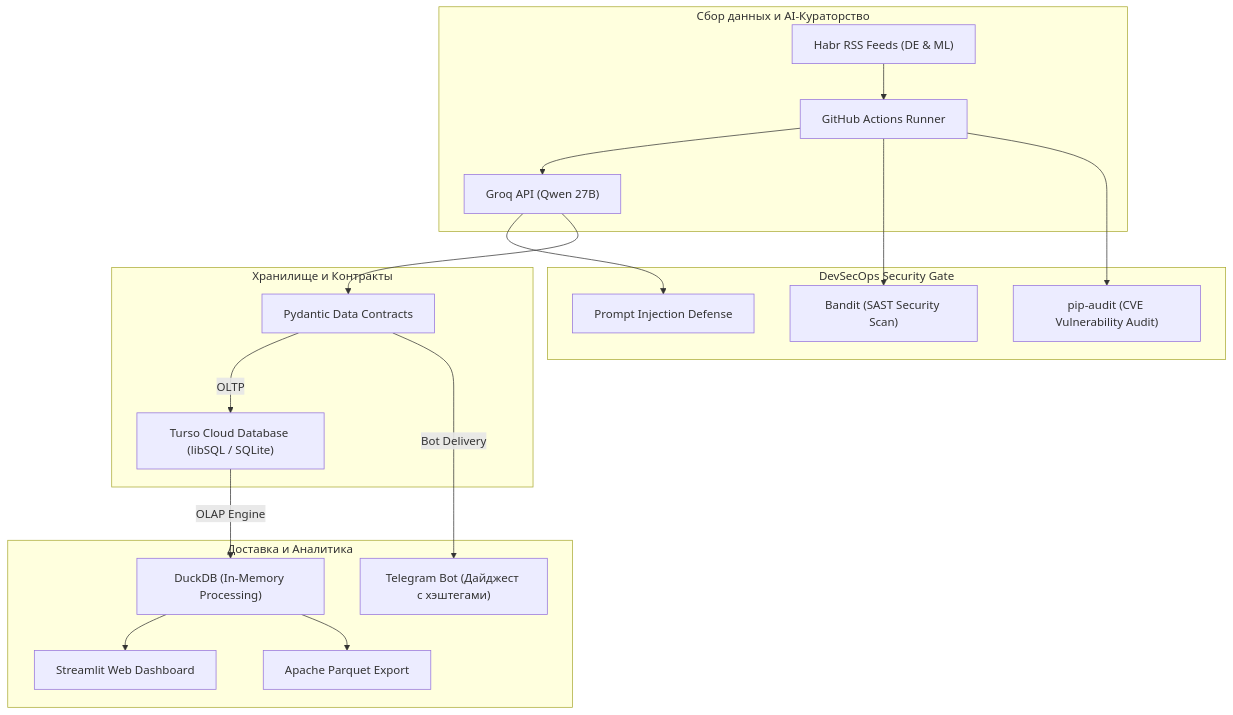
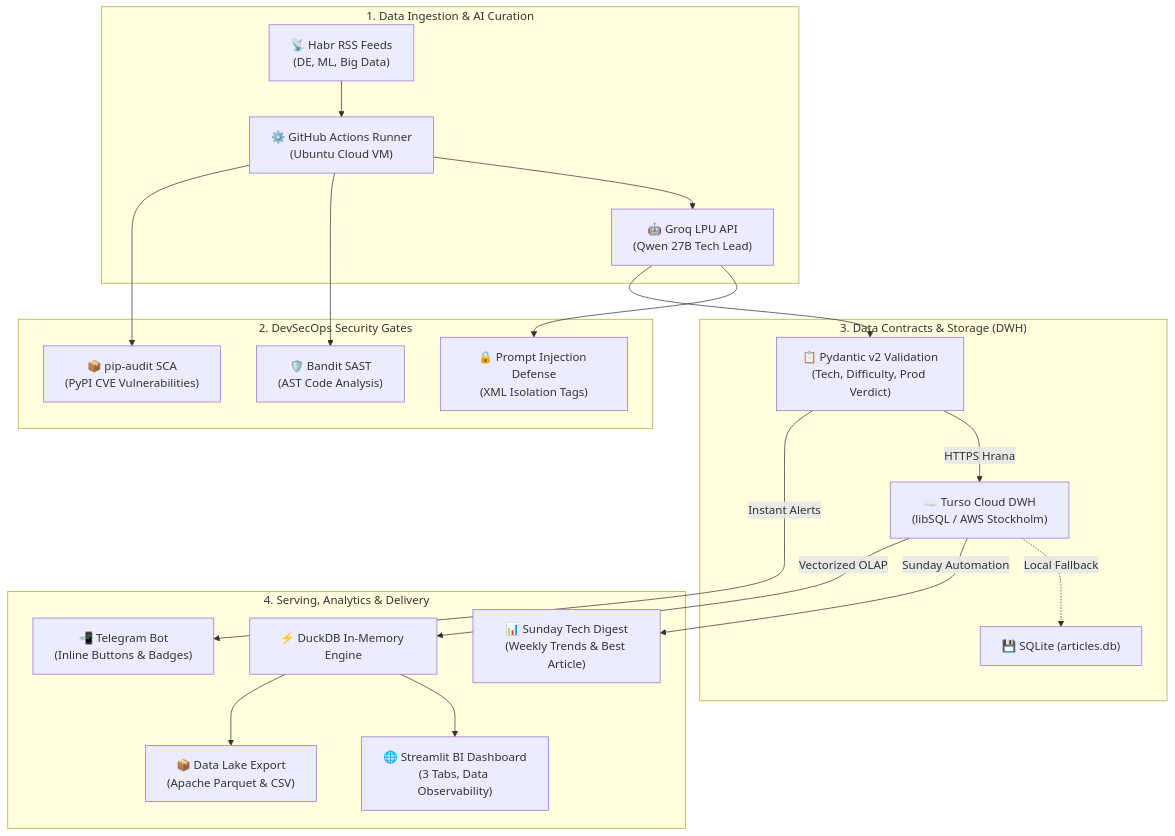
The diagram in README.md (K0ldan/habr-bot), drawn with Mermaid before and after one commit. The commit also changed other lines of this file and 2 other files, not shown here.

Commit message:
feat: add prod verdict & read time to AI summary, Data Quality SLA section to dashboard, and update README

````diff
--- a/README.md
+++ b/README.md
@@ -15,25 +18,27 @@
 ```mermaid
 flowchart TD
-    subgraph Ingestion ["Сбор данных и AI-Кураторство"]
-        A["Habr RSS Feeds (DE & ML)"] --> B["GitHub Actions Runner"]
-        B --> C["Groq API (Qwen 27B)"]
+    subgraph Ingestion ["1. Data Ingestion & AI Curation"]
+        A["📡 Habr RSS Feeds\n(DE, ML, Big Data)"] --> B["⚙️ GitHub Actions Runner\n(Ubuntu Cloud VM)"]
+        B --> C["🤖 Groq LPU API\n(Qwen 27B Tech Lead)"]
     end
 
-    subgraph Security ["DevSecOps Security Gate"]
-        B --> S1["Bandit (SAST Security Scan)"]
-        B --> S2["pip-audit (CVE Vulnerability Audit)"]
-        C --> S3["Prompt Injection Defense"]
+    subgraph Security ["2. DevSecOps Security Gates"]
+        B --> S1["🛡️ Bandit SAST\n(AST Code Analysis)"]
+        B --> S2["📦 pip-audit SCA\n(PyPI CVE Vulnerabilities)"]
+        C --> S3["🔒 Prompt Injection Defense\n(XML Isolation Tags)"]
     end
 
-    subgraph Storage ["Хранилище и Контракты"]
-        C --> D["Pydantic Data Contracts"]
-        D -->|OLTP| E["Turso Cloud Database (libSQL / SQLite)"]
+    subgraph Contracts ["3. Data Contracts & Storage (DWH)"]
+        C --> D["📋 Pydantic v2 Validation\n(Tech, Difficulty, Prod Verdict)"]
+        D -->|HTTPS Hrana| E["☁️ Turso Cloud DWH\n(libSQL / AWS Stockholm)"]
+        E -.->|Local Fallback| E2["💾 SQLite (articles.db)"]
     end
 
-    subgraph Serving ["Доставка и Аналитика"]
-        D -->|Bot Delivery| F["Telegram Bot (Дайджест с хэштегами)"]
-        E -->|OLAP Engine| G["DuckDB (In-Memory Processing)"]
-        G --> H["Streamlit Web Dashboard"]
-        G --> I["Apache Parquet Export"]
+    subgraph Serving ["4. Serving, Analytics & Delivery"]
+        D -->|Instant Alerts| F["📲 Telegram Bot\n(Inline Buttons & Badges)"]
+        E -->|Sunday Automation| F2["📊 Sunday Tech Digest\n(Weekly Trends & Best Article)"]
+        E -->|Vectorized OLAP| G["⚡ DuckDB In-Memory Engine"]
+        G --> H["🌐 Streamlit BI Dashboard\n(3 Tabs, Data Observability)"]
+        G --> I["📦 Data Lake Export\n(Apache Parquet & CSV)"]
     end
 ```
````
